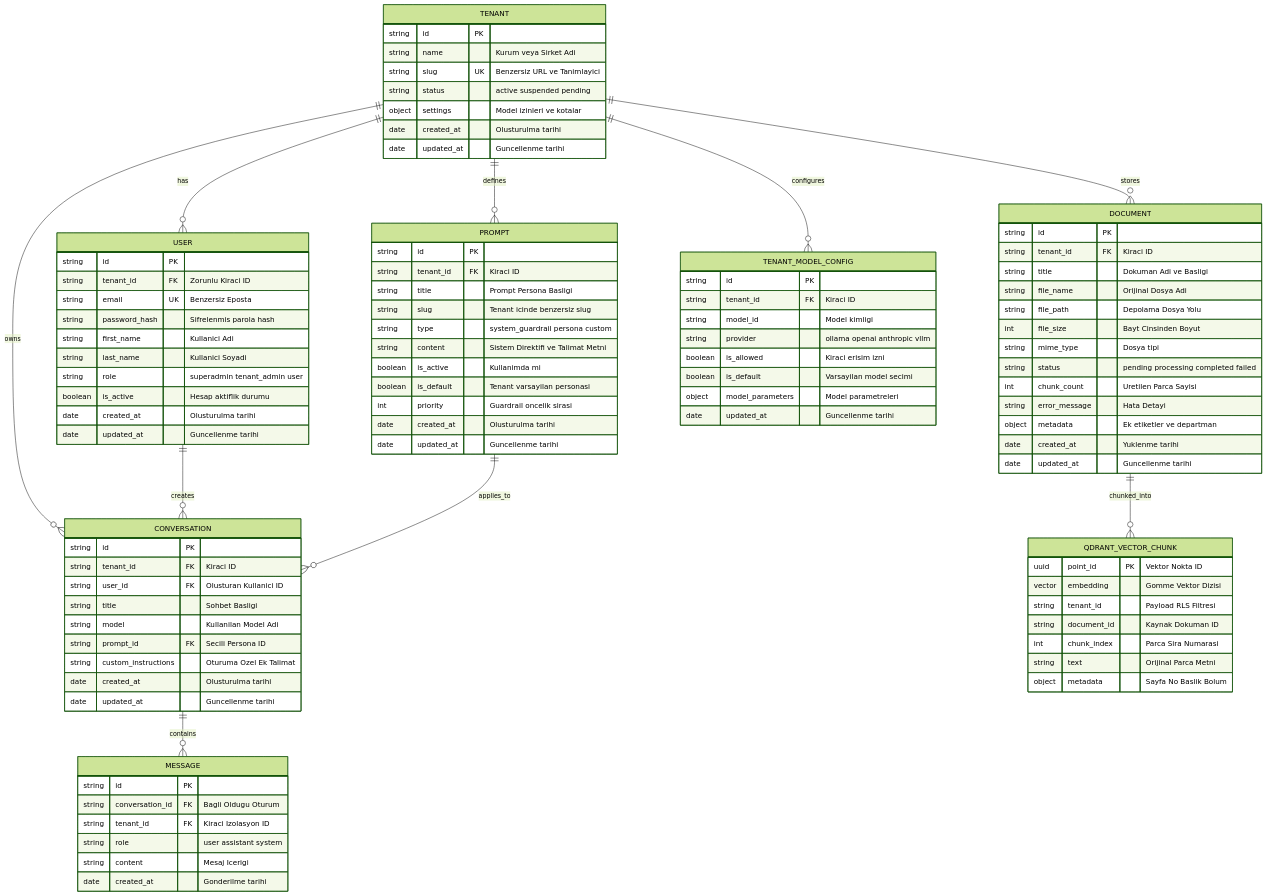
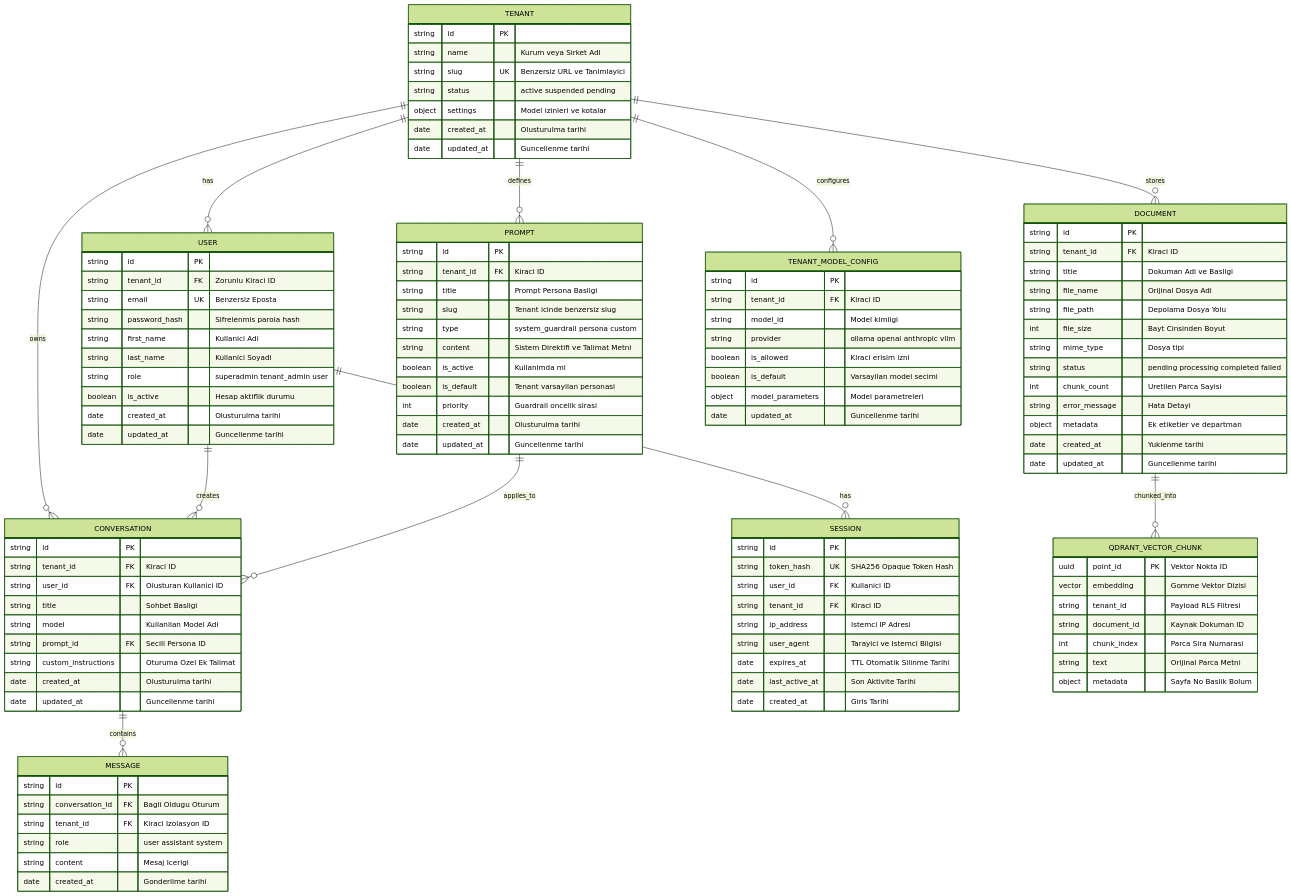
The first of 5 diagrams in documents/common/data_and_business_workflows.md (aemreceylan/localAIApp), drawn with Mermaid (forest theme) before and after one commit. The commit also changed other lines of this file and 77 other files, not shown here.

```diff
--- a/documents/common/data_and_business_workflows.md
+++ b/documents/common/data_and_business_workflows.md
@@ -34,6 +34,7 @@
     TENANT ||--o{ DOCUMENT : stores
     TENANT ||--o{ TENANT_MODEL_CONFIG : configures
     USER ||--o{ CONVERSATION : creates
+    USER ||--o{ SESSION : has
     CONVERSATION ||--o{ MESSAGE : contains
     PROMPT ||--o{ CONVERSATION : applies_to
     DOCUMENT ||--o{ QDRANT_VECTOR_CHUNK : chunked_into
@@ -59,6 +60,18 @@
         boolean is_active "Hesap aktiflik durumu"
         date created_at "Olusturulma tarihi"
         date updated_at "Guncellenme tarihi"
+    }
+
+    SESSION {
+        string id PK
+        string token_hash UK "SHA256 Opaque Token Hash"
+        string user_id FK "Kullanici ID"
+        string tenant_id FK "Kiraci ID"
+        string ip_address "Istemci IP Adresi"
+        string user_agent "Tarayici ve Istemci Bilgisi"
+        date expires_at "TTL Otomatik Silinme Tarihi"
+        date last_active_at "Son Aktivite Tarihi"
+        date created_at "Giris Tarihi"
     }
 
     TENANT_MODEL_CONFIG {
```
